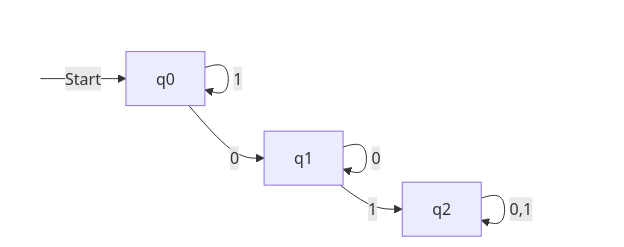
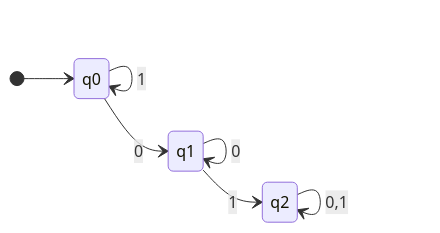
The first of 3 diagrams in md/自动机理论.md (leaderli/obsidian), drawn with Mermaid before and after one commit. The commit also changed other lines of this file and 5 other files, not shown here.

````diff
--- a/md/自动机理论.md
+++ b/md/自动机理论.md
@@ -62,10 +62,10 @@
    ```mermaid
-   graph LR;
-   begin( )-->|Start|q0
-   q0-->|0|q1
-   q0-->|1|q0
-   q1-->|0|q1
-   q1-->|1|q2
-   q2-->|0,1|q2
-   style begin color:white,fill:white,stroke:white
+   stateDiagram-v2
+   direction LR
+   [*] --> q0
+   q0-->q1:0
+   q0-->q0:1
+   q1-->q1:0
+   q1-->q2:1
+   q2-->q2:0,1
    ```
````
